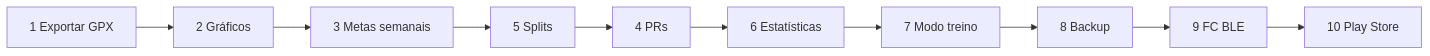
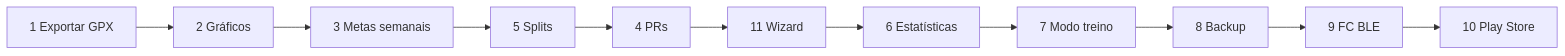
Before and after one commit to lguscouto/runflow-app: the diagram in ROADMAP.md, drawn with Mermaid. The commit also changed other lines of this file and 1 other file, not shown here.

Commit message:
docs: adicionar assistente de onboarding (Wizard) ao roadmap

````diff
--- a/ROADMAP.md
+++ b/ROADMAP.md
@@ -161,12 +174,13 @@
 ```mermaid
 flowchart LR
   F1[1 Exportar GPX] --> F2[2 Gráficos]
   F2 --> F3[3 Metas semanais]
   F3 --> F5[5 Splits]
   F5 --> F4[4 PRs]
-  F4 --> F6[6 Estatísticas]
+  F4 --> F11[11 Wizard]
+  F11 --> F6[6 Estatísticas]
   F6 --> F7[7 Modo treino]
   F7 --> F8[8 Backup]
   F8 --> F9[9 FC BLE]
   F9 --> F10[10 Play Store]
 ```
````
